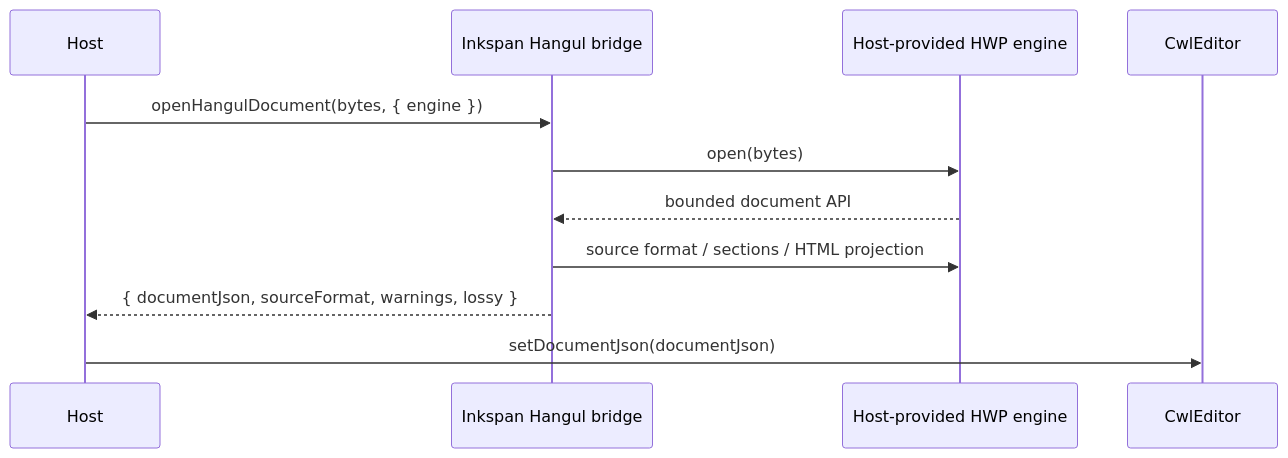
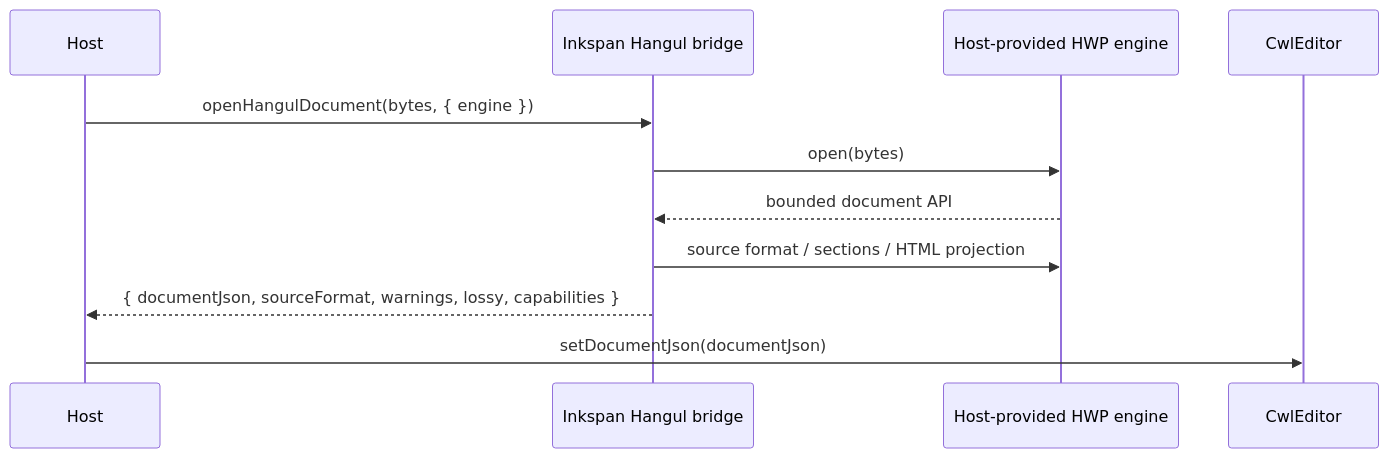
Before and after one commit to ContextualWisdomLab/inkspan: the first of 2 diagrams in docs/HANGUL.md, drawn with Mermaid. The commit also changed other lines of this file, not shown here.

Commit message:
docs(hangul): document public capability metadata

````diff
--- a/docs/HANGUL.md
+++ b/docs/HANGUL.md
@@ -28,14 +29,14 @@
 ```mermaid
 sequenceDiagram
     participant Host
     participant Bridge as Inkspan Hangul bridge
     participant Engine as Host-provided HWP engine
     participant Editor as CwlEditor
 
     Host->>Bridge: openHangulDocument(bytes, { engine })
     Bridge->>Engine: open(bytes)
     Engine-->>Bridge: bounded document API
     Bridge->>Engine: source format / sections / HTML projection
-    Bridge-->>Host: { documentJson, sourceFormat, warnings, lossy }
+    Bridge-->>Host: { documentJson, sourceFormat, warnings, lossy, capabilities }
     Host->>Editor: setDocumentJson(documentJson)
 ```
````
